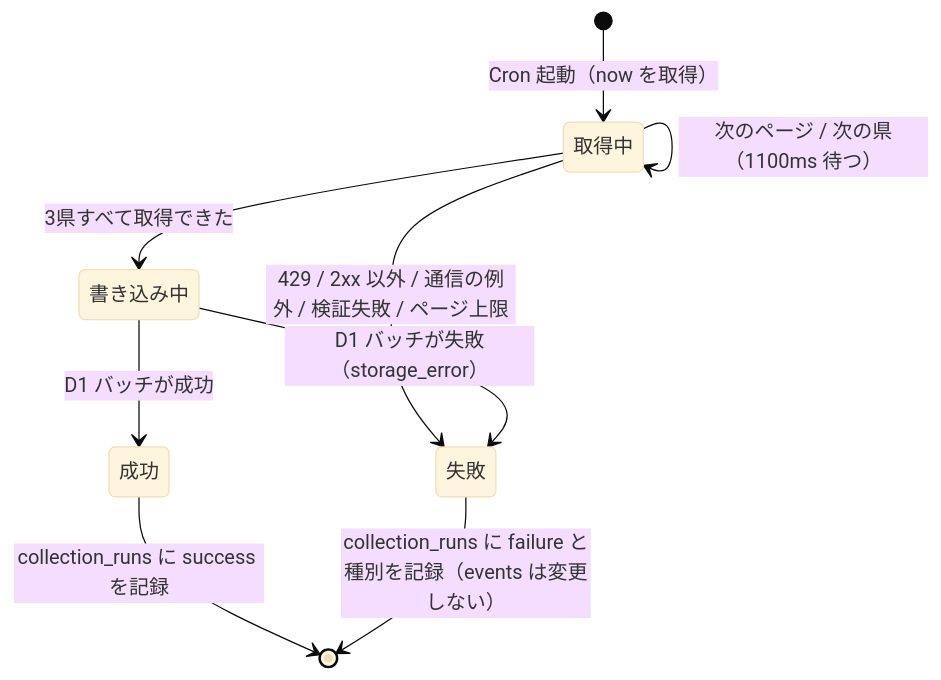
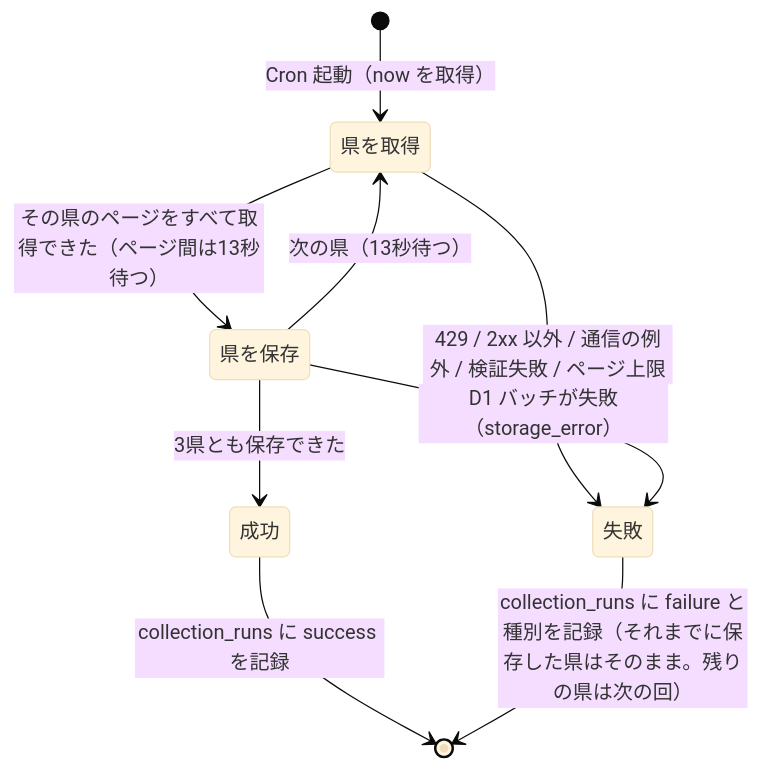
One commit to Shion-Serizawa/fukui-tech-learning-and-event-getter changed the first of 3 diagrams in docs/spec/03-behavior.md. Above: the diagram before and after it, drawn with Mermaid (base theme). The commit also changed other lines of this file and 22 other files, not shown here.

````diff
--- a/docs/spec/03-behavior.md
+++ b/docs/spec/03-behavior.md
@@ -30,11 +30,11 @@
 ```mermaid
 stateDiagram-v2
-    [*] --> 取得中: Cron 起動（now を取得）
-    取得中 --> 取得中: 次のページ / 次の県（1100ms 待つ）
-    取得中 --> 失敗: 429 / 2xx 以外 / 通信の例外 / 検証失敗 / ページ上限
-    取得中 --> 書き込み中: 3県すべて取得できた
-    書き込み中 --> 成功: D1 バッチが成功
-    書き込み中 --> 失敗: D1 バッチが失敗（storage_error）
+    [*] --> 県を取得: Cron 起動（now を取得）
+    県を取得 --> 県を保存: その県のページをすべて取得できた（ページ間は13秒待つ）
+    県を保存 --> 県を取得: 次の県（13秒待つ）
+    県を保存 --> 成功: 3県とも保存できた
+    県を取得 --> 失敗: 429 / 2xx 以外 / 通信の例外 / 検証失敗 / ページ上限
+    県を保存 --> 失敗: D1 バッチが失敗（storage_error）
     成功 --> [*]: collection_runs に success を記録
-    失敗 --> [*]: collection_runs に failure と種別を記録（events は変更しない）
+    失敗 --> [*]: collection_runs に failure と種別を記録（それまでに保存した県はそのまま。残りの県は次の回）
 ```
````
